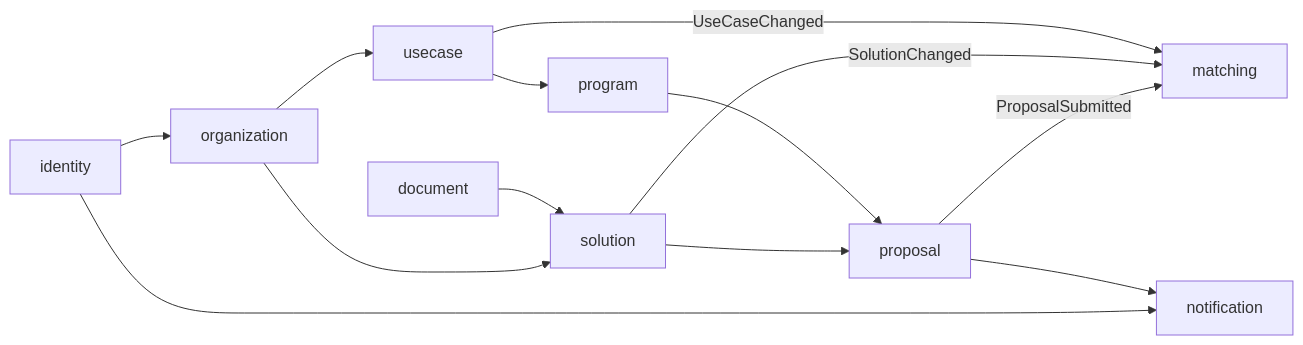
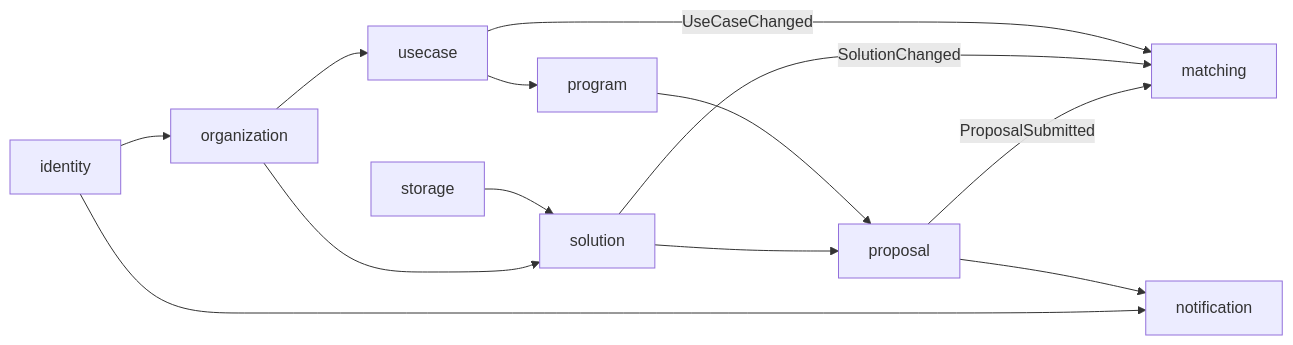
The diagram in docs/increments/active/bey-22-phase-1-domain-model/design.md (kl3inIT/BeyondPilot), drawn with Mermaid before and after one commit. The commit also changed other lines of this file, not shown here.

Commit message:
docs: record the 3 October decisions on storage, programs and joining (BEY-22)

````diff
--- a/docs/increments/active/bey-22-phase-1-domain-model/design.md
+++ b/docs/increments/active/bey-22-phase-1-domain-model/design.md
@@ -103,15 +103,15 @@
 ```mermaid
 flowchart LR
   identity --> organization
   organization --> solution
-  document --> solution
+  storage --> solution
   organization --> usecase
   usecase --> program
   solution --> proposal
   program --> proposal
   proposal -- ProposalSubmitted --> matching
   solution -- SolutionChanged --> matching
   usecase -- UseCaseChanged --> matching
   identity --> notification
   proposal --> notification
 ```
````
